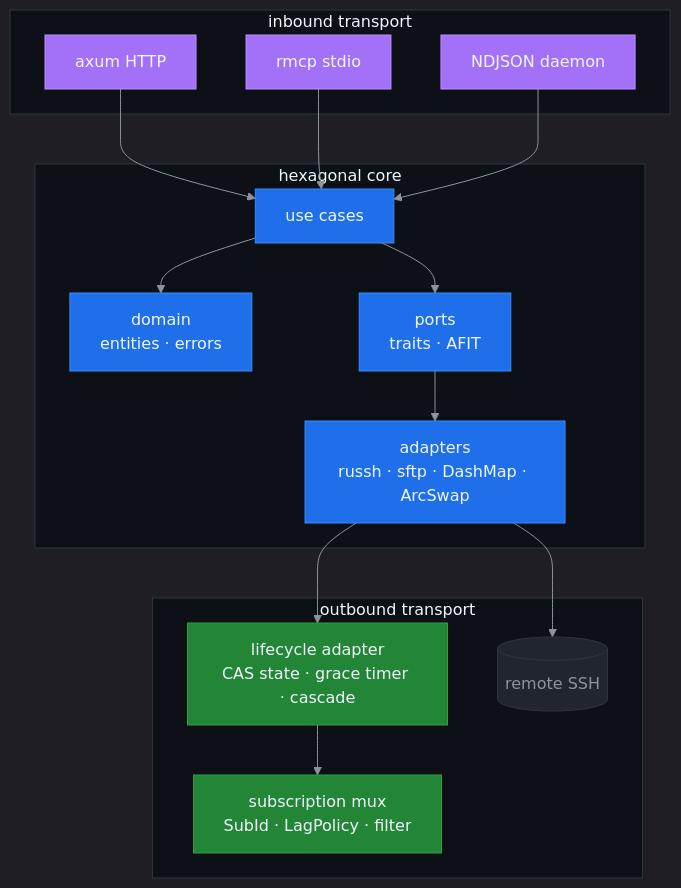
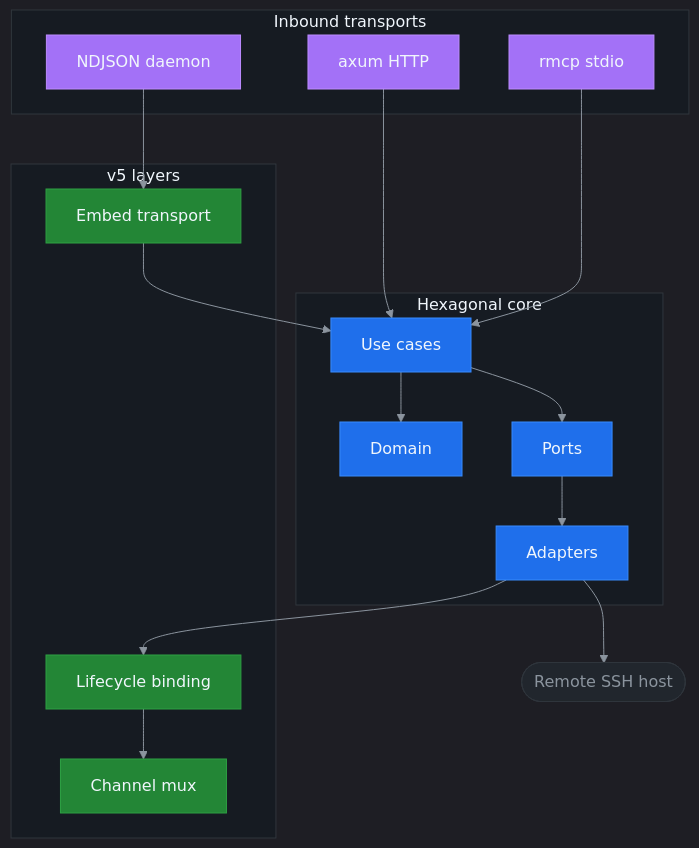
Before and after one commit to farchanjo/ssh-mcp: the second of 2 diagrams in README.md, drawn with Mermaid. The commit also changed other lines of this file, not shown here.

````diff
--- a/README.md
+++ b/README.md
@@ -84,41 +77,44 @@
 ```mermaid
-%%{init: {'theme':'dark','themeVariables':{'primaryColor':'#1f6feb','primaryTextColor':'#f0f6fc','primaryBorderColor':'#388bfd','lineColor':'#8b949e','mainBkg':'#161b22','clusterBkg':'#0d1117','clusterBorder':'#30363d','titleColor':'#f0f6fc'}}}%%
+%%{init: {'theme':'dark','themeVariables':{'primaryColor':'#1f6feb','primaryTextColor':'#f0f6fc','primaryBorderColor':'#388bfd','lineColor':'#8b949e','secondaryColor':'#161b22','tertiaryColor':'#21262d','background':'#0d1117','mainBkg':'#161b22','secondBkg':'#21262d','tertiaryBkg':'#0d1117','nodeTextColor':'#f0f6fc','edgeLabelBackground':'#21262d','clusterBkg':'#161b22','clusterBorder':'#30363d','titleColor':'#f0f6fc'}}}%%
 flowchart TB
-    subgraph Inbound["inbound transport"]
-        HTTP[axum HTTP]
-        STDIO[rmcp stdio]
-        TAIL[NDJSON daemon]
+    subgraph Inbound["Inbound transports"]
+        HTTP["axum HTTP"]
+        STDIO["rmcp stdio"]
+        TAIL["NDJSON daemon"]
     end
 
-    subgraph Core["hexagonal core"]
-        UC[use cases]
-        DOM[domain<br/>entities · errors]
-        PORTS[ports<br/>traits · AFIT]
-        ADAP[adapters<br/>russh · sftp · DashMap · ArcSwap]
+    subgraph Core["Hexagonal core"]
+        UC["Use cases"]
+        DOM["Domain"]
+        PORTS["Ports"]
+        ADAP["Adapters"]
     end
 
-    subgraph Outbound["outbound transport"]
-        SUB[subscription mux<br/>SubId · LagPolicy · filter]
-        LIFE[lifecycle adapter<br/>CAS state · grace timer · cascade]
-        SSH[(remote SSH)]
+    subgraph V5["v5 layers"]
+        LIFE["Lifecycle binding"]
+        SUB["Channel mux"]
+        EMBED["Embed transport"]
     end
+
+    SSH(["Remote SSH host"])
 
     HTTP --> UC
     STDIO --> UC
-    TAIL --> UC
+    TAIL --> EMBED
+    EMBED --> UC
     UC --> PORTS
     PORTS --> ADAP
     UC --> DOM
-    ADAP --> SSH
     ADAP --> LIFE
     LIFE --> SUB
+    ADAP --> SSH
 
     classDef inb fill:#a371f7,color:#f0f6fc,stroke:#bc8cff
     classDef core fill:#1f6feb,color:#f0f6fc,stroke:#388bfd
     classDef out fill:#238636,color:#f0f6fc,stroke:#2ea043
     classDef rem fill:#21262d,color:#8b949e,stroke:#30363d
     class HTTP,STDIO,TAIL inb
     class UC,DOM,PORTS,ADAP core
-    class SUB,LIFE out
+    class LIFE,SUB,EMBED out
     class SSH rem
 ```
````
